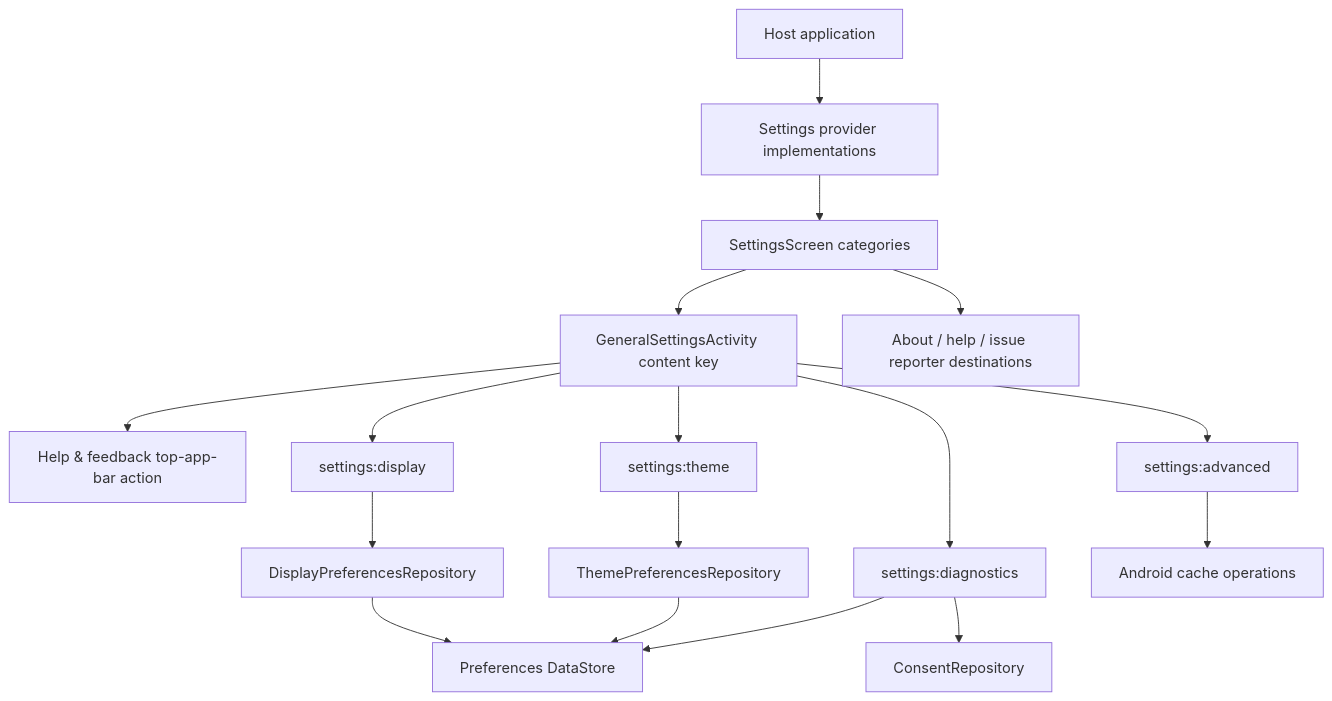
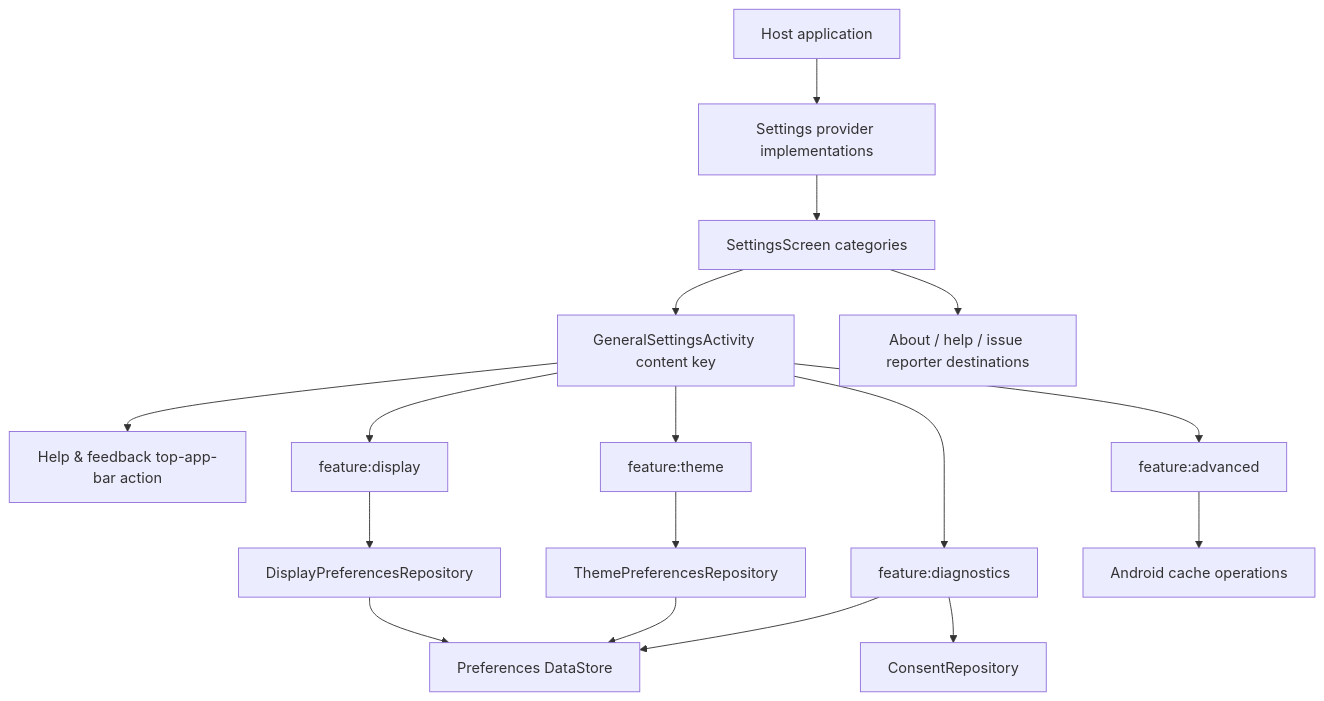
One commit to MihaiCristianCondrea/App-Toolkit-for-Android changed the diagram in library/feature/settings/README.md. Above: the diagram before and after it, drawn with Mermaid. The commit also changed other lines of this file and 266 other files, not shown here.

````diff
--- a/library/feature/settings/README.md
+++ b/library/feature/settings/README.md
@@ -42,19 +43,19 @@
 ```mermaid
 flowchart TD
     Host[Host application] --> Providers[Settings provider implementations]
     Providers --> Root[SettingsScreen categories]
     Root --> General[GeneralSettingsActivity content key]
     General --> Help[Help & feedback top-app-bar action]
-    General --> Display[settings:display]
-    General --> Theme[settings:theme]
-    General --> Advanced[settings:advanced]
-    General --> Diagnostics[settings:diagnostics]
+    General --> Display[feature:display]
+    General --> Theme[feature:theme]
+    General --> Advanced[feature:advanced]
+    General --> Diagnostics[feature:diagnostics]
     Display --> DisplayRepo[DisplayPreferencesRepository]
     Theme --> ThemeRepo[ThemePreferencesRepository]
     DisplayRepo --> Store[Preferences DataStore]
     ThemeRepo --> Store
     Advanced --> Cache[Android cache operations]
     Diagnostics --> Store
     Diagnostics --> Consent[ConsentRepository]
     Root --> Related[About / help / issue reporter destinations]
 ```
````
